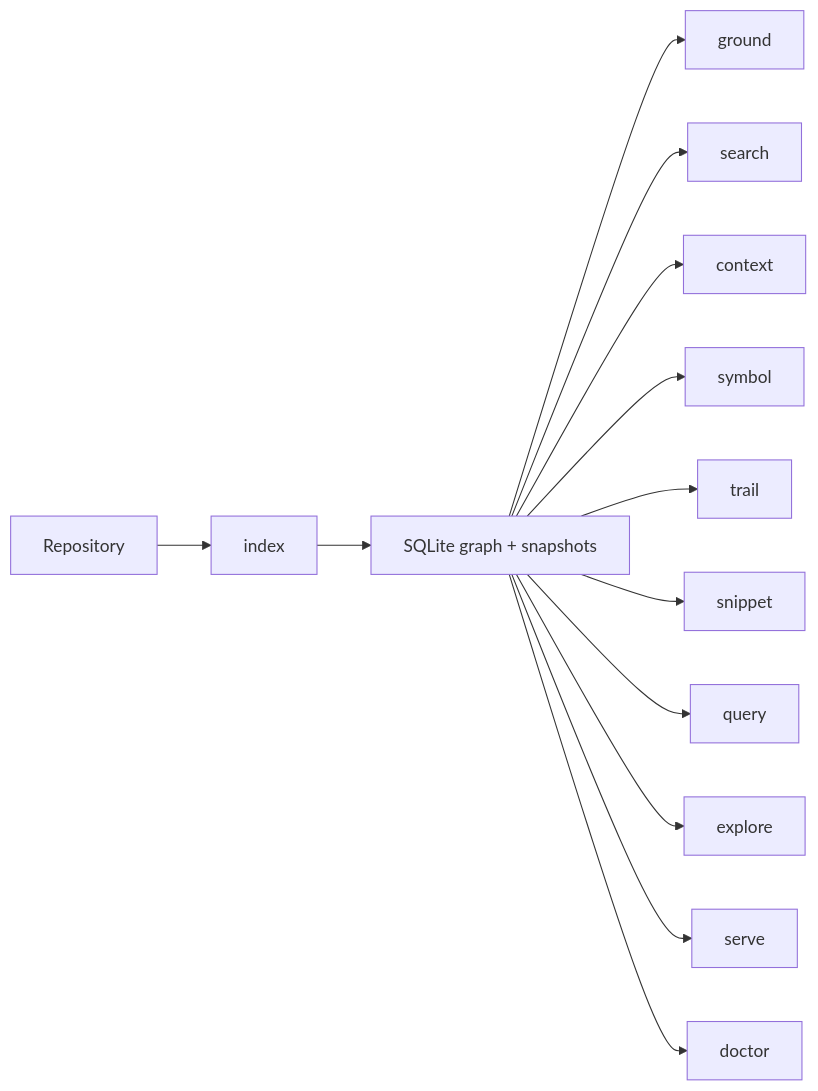
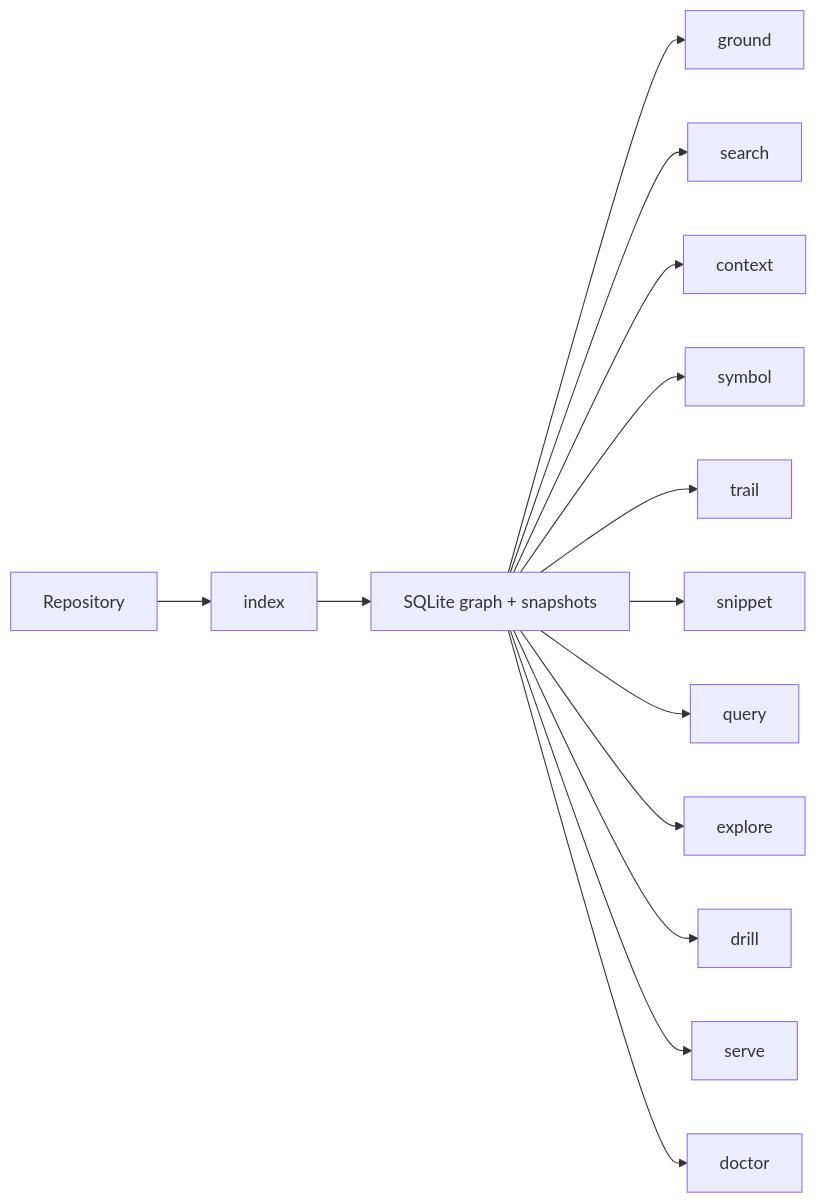
Before and after one commit to TheGreenCedar/CodeStory: the second of 2 diagrams in README.md, drawn with Mermaid. The commit also changed other lines of this file and 2 other files, not shown here.

Commit message:
Document drill refresh default

````diff
--- a/README.md
+++ b/README.md
@@ -113,15 +113,16 @@
 ```mermaid
 flowchart LR
     Project["Repository"] --> Index["index"]
     Index["index"] --> LocalState["SQLite graph + snapshots"]
     LocalState --> Ground["ground"]
     LocalState --> Search["search"]
     LocalState --> Context["context"]
     LocalState --> Symbol["symbol"]
     LocalState --> Trail["trail"]
     LocalState --> Snippet["snippet"]
     LocalState --> Query["query"]
     LocalState --> Explore["explore"]
+    LocalState --> Drill["drill"]
     LocalState --> Serve["serve"]
     LocalState --> Doctor["doctor"]
 ```
````
